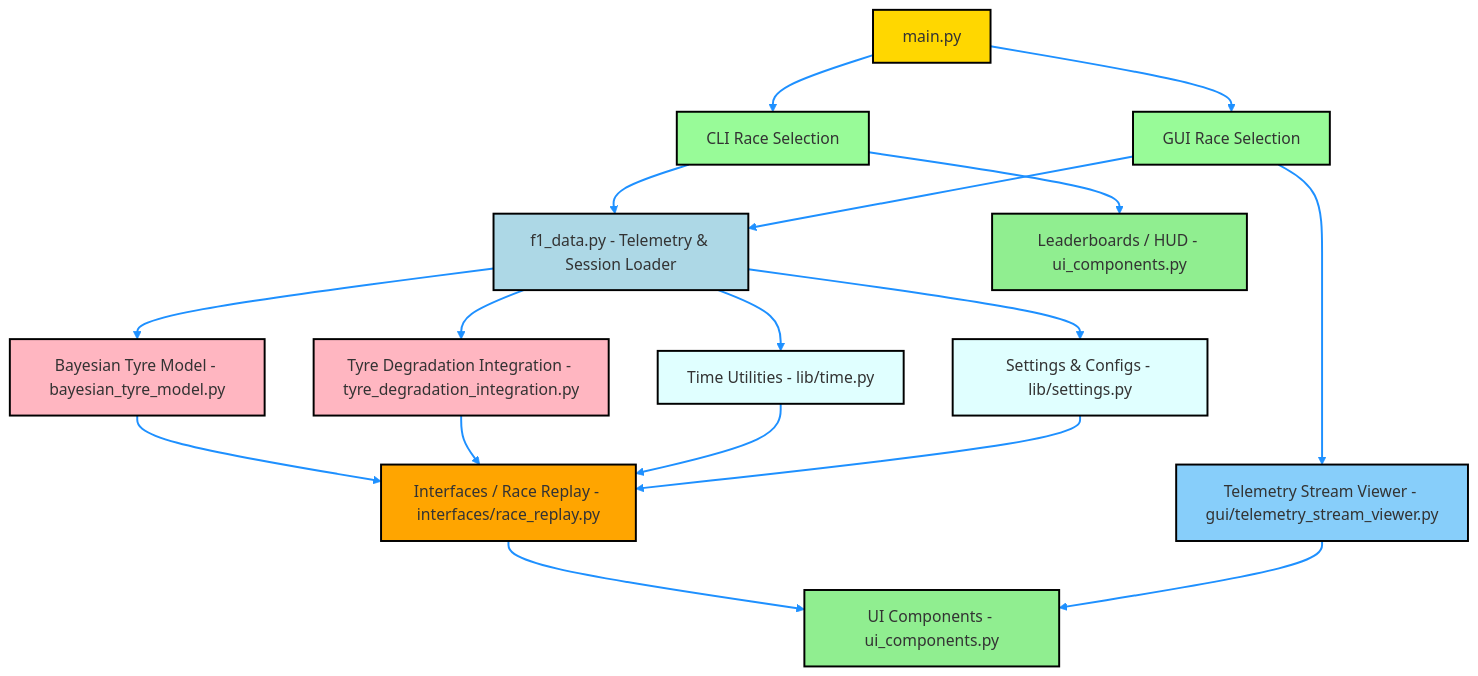
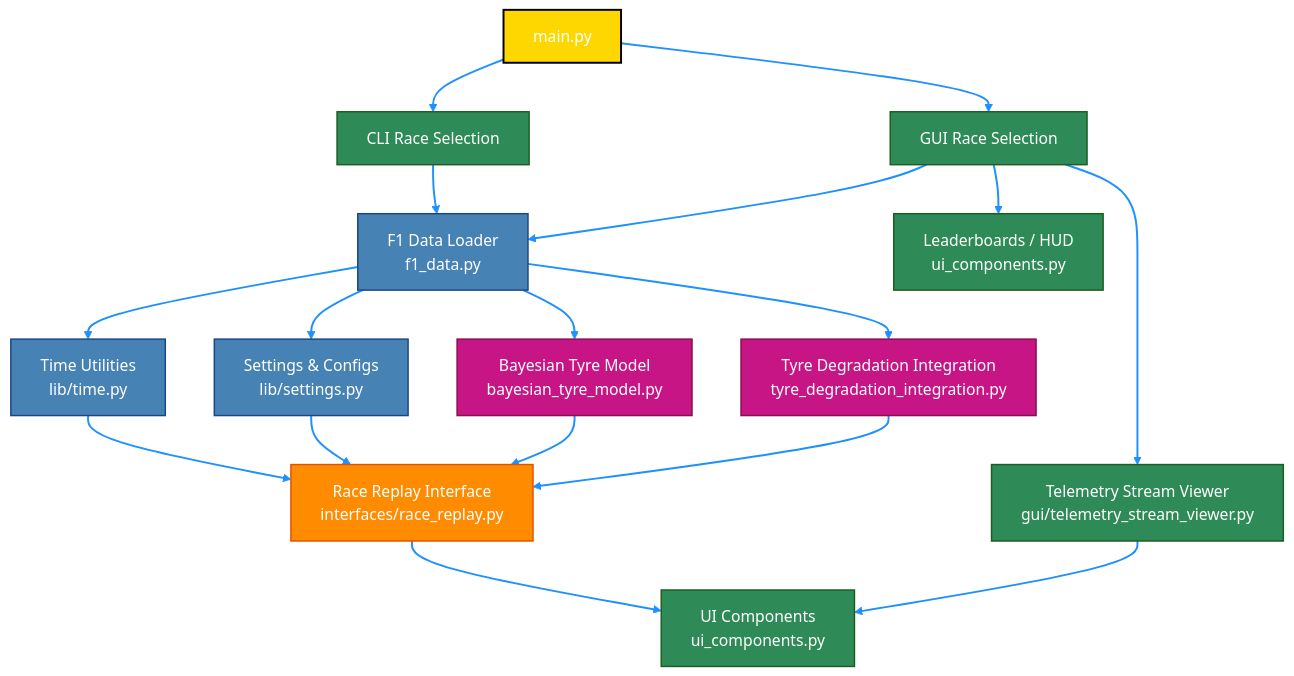
Before and after one commit to DevGopi-17/f1-telemetry-analytics: the diagram in README.md, drawn with Mermaid.

Commit message:
Update Mermaid diagram: blue arrows and white text in nodes

````diff
--- a/README.md
+++ b/README.md
@@ -185,42 +185,45 @@
 ```mermaid
-flowchart TB
-    A["main.py"] --> B["CLI Race Selection"]
-    A --> C["GUI Race Selection"]
-    
-    B --> D["f1_data.py - Telemetry & Session Loader"]
-    B --> L["Leaderboards / HUD - ui_components.py"]
-    
-    C --> D
-    C --> K["Telemetry Stream Viewer - gui/telemetry_stream_viewer.py"]
-    
-    D --> E["Bayesian Tyre Model - bayesian_tyre_model.py"]
-    D --> F["Tyre Degradation Integration - tyre_degradation_integration.py"]
-    D --> G["Time Utilities - lib/time.py"]
-    D --> H["Settings & Configs - lib/settings.py"]
-    
-    E --> I["Interfaces / Race Replay - interfaces/race_replay.py"]
-    F --> I
-    G --> I
-    H --> I
-    
-    I --> J["UI Components - ui_components.py"]
-    K --> J
+flowchart TD
 
-    %% Node Colors
-    style A fill:#FFD700,stroke:#000,stroke-width:2px
-    style B fill:#98FB98,stroke:#000,stroke-width:2px
-    style C fill:#98FB98,stroke:#000,stroke-width:2px
-    style D fill:#ADD8E6,stroke:#000,stroke-width:2px
-    style E fill:#FFB6C1,stroke:#000,stroke-width:2px
-    style F fill:#FFB6C1,stroke:#000,stroke-width:2px
-    style G fill:#E0FFFF,stroke:#000,stroke-width:2px
-    style H fill:#E0FFFF,stroke:#000,stroke-width:2px
-    style I fill:#FFA500,stroke:#000,stroke-width:2px
-    style J fill:#90EE90,stroke:#000,stroke-width:2px
-    style K fill:#87CEFA,stroke:#000,stroke-width:2px
-    style L fill:#90EE90,stroke:#000,stroke-width:2px
+A[main.py]:::entry
+B[CLI Race Selection]:::ui
+C[GUI Race Selection]:::ui
+D[Leaderboards / HUD<br/>ui_components.py]:::ui
+E[Telemetry Stream Viewer<br/>gui/telemetry_stream_viewer.py]:::ui
+F[UI Components<br/>ui_components.py]:::ui
+G[F1 Data Loader<br/>f1_data.py]:::core
+H[Time Utilities<br/>lib/time.py]:::core
+I[Settings & Configs<br/>lib/settings.py]:::core
+J[Bayesian Tyre Model<br/>bayesian_tyre_model.py]:::model
+K[Tyre Degradation Integration<br/>tyre_degradation_integration.py]:::model
+L[Race Replay Interface<br/>interfaces/race_replay.py]:::interface
 
-    %% Arrow Colors (all blue)
-    linkStyle default stroke:#1E90FF,stroke-width:2px
+A --> B
+A --> C
+B --> G
+C --> G
+C --> D
+C --> E
+G --> H
+G --> I
+G --> J
+G --> K
+J --> L
+K --> L
+H --> L
+I --> L
+L --> F
+E --> F
+
+%% 🔵 Blue arrows
+linkStyle default stroke:#1E90FF,stroke-width:2px;
+
+%% 🎨 Box Styles (White Text)
+classDef entry fill:#FFD700,color:#FFFFFF,stroke:#000,stroke-width:2px;
+classDef ui fill:#2E8B57,color:#FFFFFF,stroke:#1B5E20,stroke-width:1.5px;
+classDef core fill:#4682B4,color:#FFFFFF,stroke:#1C4587,stroke-width:1.5px;
+classDef model fill:#C71585,color:#FFFFFF,stroke:#880E4F,stroke-width:1.5px;
+classDef interface fill:#FF8C00,color:#FFFFFF,stroke:#E65100,stroke-width:1.5px;
+
 
 ```
````
